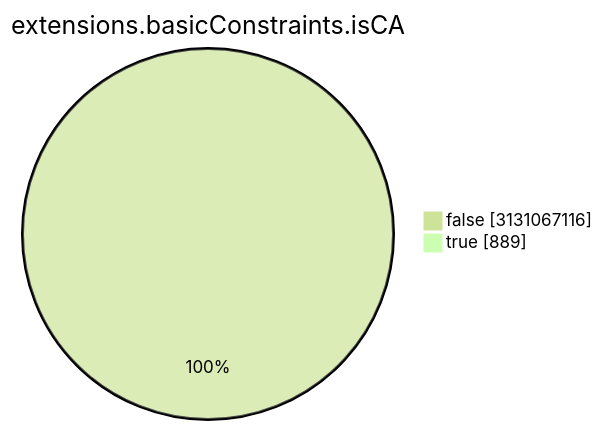
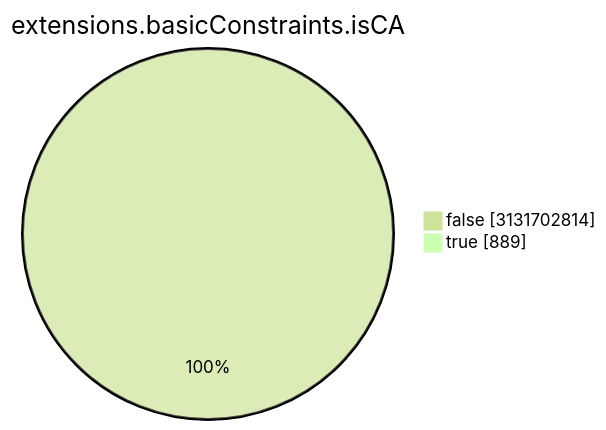
The seventh of 15 diagrams in TOTAL/README.md (christiankrug/ctmonitor_visualization), drawn with Mermaid (forest theme) before and after one commit. The commit also changed other lines of this file, not shown here.

````diff
--- a/TOTAL/README.md
+++ b/TOTAL/README.md
@@ -3088,6 +3088,6 @@
 ```mermaid
 pie showData
 title extensions.basicConstraints.isCA
-"false" :3131067116
+"false" :3131702814
 "true" :889
 ```
````
